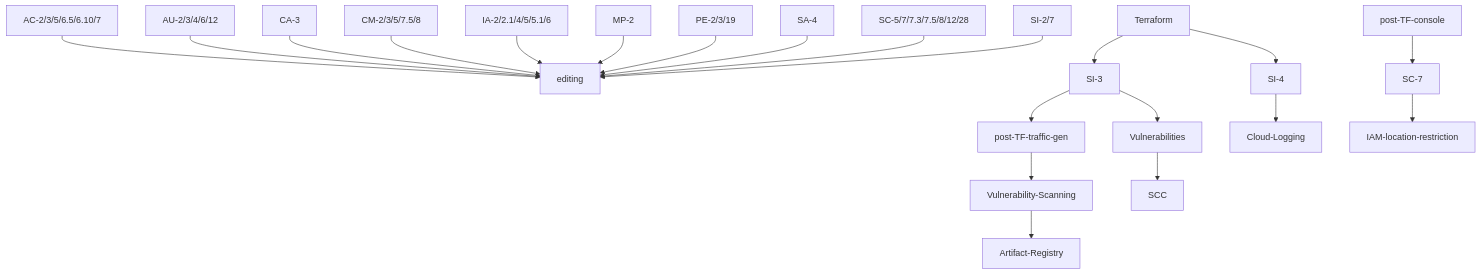
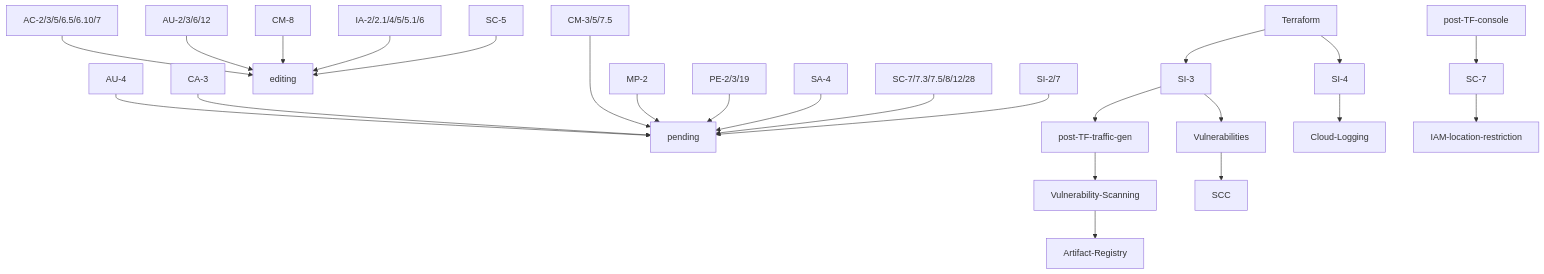
Before and after one commit to GoogleCloudPlatform/pbmm-on-gcp-onboarding: the diagram in docs/google-cloud-security-controls.md, drawn with Mermaid.

Commit message:
#2 - controls pending

````diff
--- a/docs/google-cloud-security-controls.md
+++ b/docs/google-cloud-security-controls.md
@@ -5,29 +5,36 @@
 ```mermaid
 graph TD;
+    AU-4-->pending;
+    CA-3-->pending;
+    CM-3/5/7.5--->pending;
+    
     AC-2/3/5/6.5/6.10/7-->editing;
 
-    AU-2/3/4/6/12-->editing;
+    AU-2/3/6/12-->editing;
 
-    CA-3-->editing;
-    CM-2/3/5/7.5/8-->editing;
+    CM-8-->editing;
 
     IA-2/2.1/4/5/5.1/6-->editing;
     
-    MP-2-->editing;
-    PE-2/3/19-->editing;
-    SA-4-->editing;
-    SC-5/7/7.3/7.5/8/12/28-->editing;
-    SI-2/7-->editing;
+    MP-2-->pending;
+    PE-2/3/19-->pending;
+    
+    SA-4-->pending;
+    SC-7/7.3/7.5/8/12/28-->pending;
+    
+    SC-5-->editing;
+    
+    SI-2/7-->pending;
     
     Terraform-->SI-3;
     Terraform-->SI-4;
     SI-3-->post-TF-traffic-gen;
     post-TF-traffic-gen-->Vulnerability-Scanning;
     Vulnerability-Scanning-->Artifact-Registry;
     SI-3-->Vulnerabilities;
     Vulnerabilities-->SCC;
     SI-4-->Cloud-Logging;
     post-TF-console-->SC-7;
     
     SC-7-->IAM-location-restriction;
 ```
````
